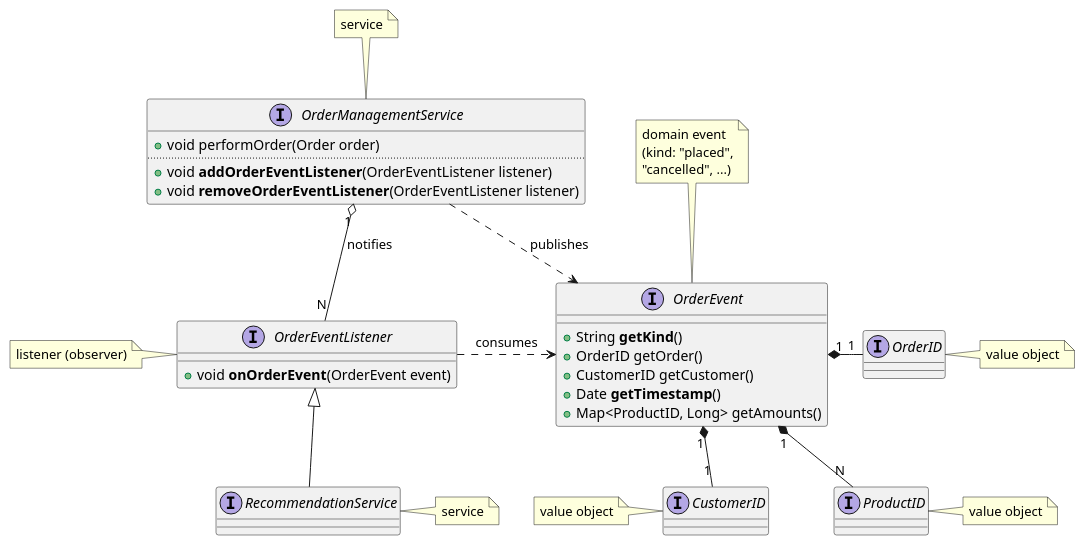
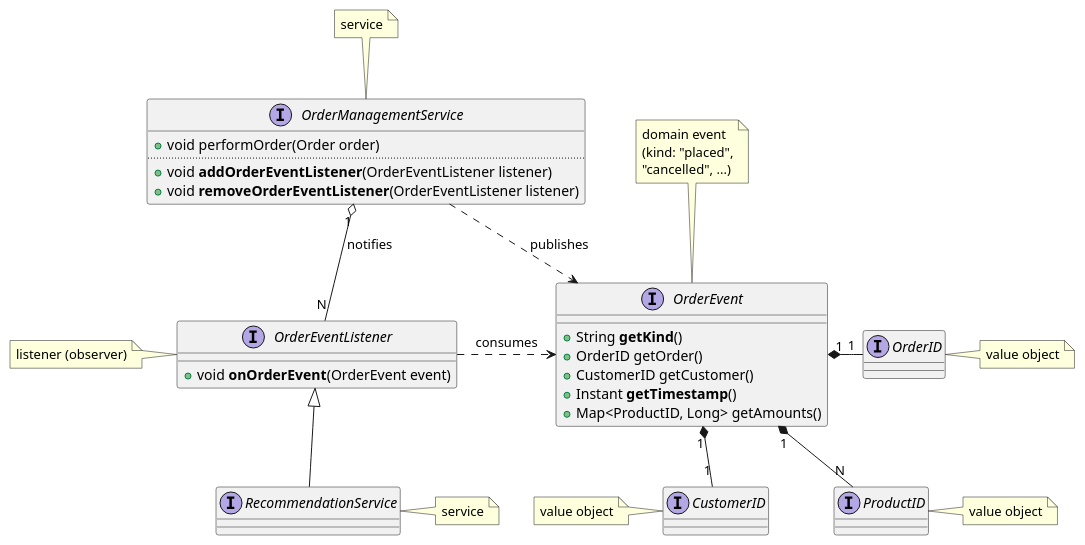
One commit to unibo-spe/spe-slides changed the seventh of 9 diagrams in content/10-ddd/_index.md. Above: the diagram before and after it, drawn with PlantUML. The commit also changed other lines of this file, not shown here.

Commit message:
fix(ddd): Instant instead of Date, tax codes depend on gender and birth place, align with exercise repo

```diff
--- a/content/10-ddd/_index.md
+++ b/content/10-ddd/_index.md
@@ -1278,50 +1278,50 @@
 {{< plantuml >}}
 interface OrderManagementService {
     + void performOrder(Order order)
     ..
     + void **addOrderEventListener**(OrderEventListener listener)
     + void **removeOrderEventListener**(OrderEventListener listener)
 }
 
 interface OrderEventListener {
     + void **onOrderEvent**(OrderEvent event)
 }
 
 interface RecommendationService
 
 interface OrderEvent {
     + String **getKind**()
     + OrderID getOrder()
     + CustomerID getCustomer()
-    + Date **getTimestamp**()
+    + Instant **getTimestamp**()
     + Map<ProductID, Long> getAmounts()
 }
 
 interface OrderID
 
 interface CustomerID
 
 interface ProductID
 
 OrderEvent "1" *-r- "1" OrderID
 OrderEvent "1" *-d- "1" CustomerID
 OrderEvent "1" *-d- "N" ProductID
 OrderID -[hidden]d- ProductID
 
 OrderManagementService .r.> OrderEvent: publishes
 OrderEventListener <|-d- RecommendationService
 OrderManagementService "1" o-d- "N" OrderEventListener: notifies
 OrderEventListener .r.> OrderEvent: consumes
 
 note top of OrderEvent
     domain event
     (kind: "placed",
     "cancelled", ...)
 end note
 note right of OrderID: value object
 note right of ProductID: value object
 note left of CustomerID: value object
 note top of OrderManagementService: service
 note right of RecommendationService: service
 note left of OrderEventListener: listener (observer)
 {{< /plantuml >}}
```
